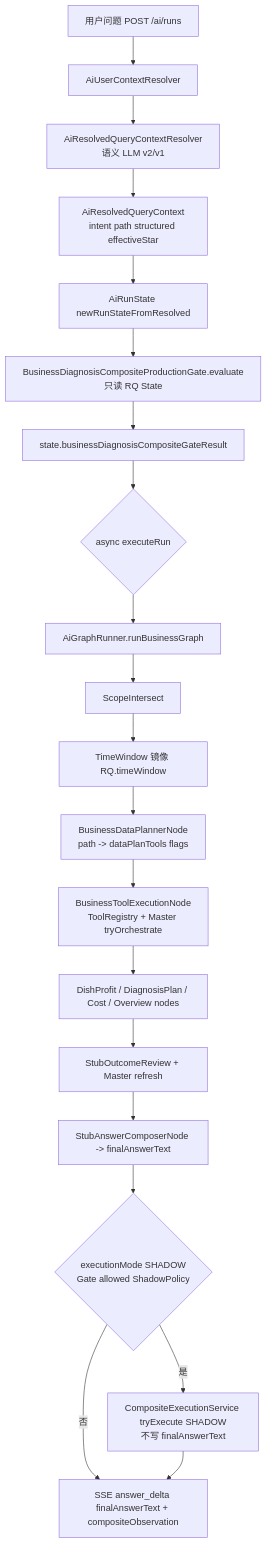
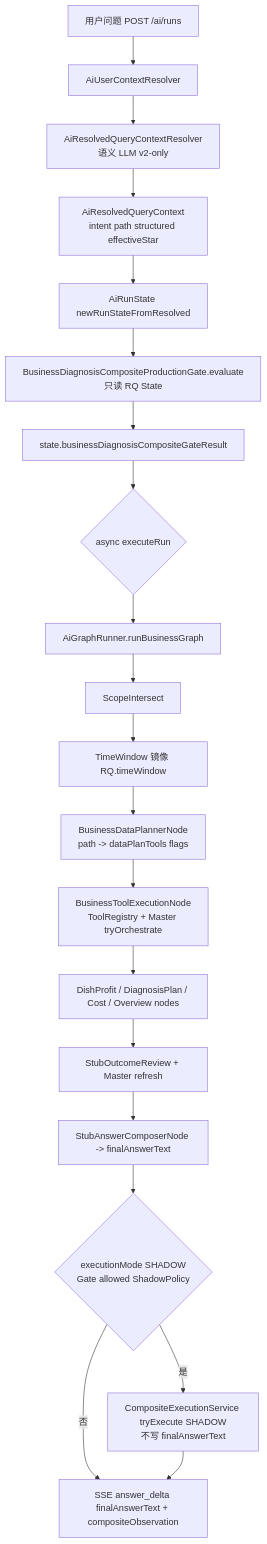
The diagram in docs/ai/main-business-routing-and-composite-integration-map.md (sisylpy/aiGrain), drawn with Mermaid before and after one commit. The commit also changed 53 other files, not shown here.

````diff
--- a/docs/ai/main-business-routing-and-composite-integration-map.md
+++ b/docs/ai/main-business-routing-and-composite-integration-map.md
@@ -168,22 +168,22 @@
 ```mermaid
 flowchart TD
     U[用户问题 POST /ai/runs] --> UC[AiUserContextResolver]
-    UC --> RES[AiResolvedQueryContextResolver<br/>语义 LLM v2/v1]
+    UC --> RES[AiResolvedQueryContextResolver<br/>语义 LLM v2-only]
     RES --> RQ[AiResolvedQueryContext<br/>intent path structured effectiveStar]
     RQ --> S0[AiRunState newRunStateFromResolved]
     S0 --> GATE_EVAL[BusinessDiagnosisCompositeProductionGate.evaluate<br/>只读 RQ State]
     GATE_EVAL --> S1[state.businessDiagnosisCompositeGateResult]
     S1 --> ASYNC{async executeRun}
     ASYNC --> G0[AiGraphRunner.runBusinessGraph]
     G0 --> N3[ScopeIntersect]
     N3 --> N4[TimeWindow 镜像 RQ.timeWindow]
     N4 --> N5[BusinessDataPlannerNode<br/>path -> dataPlanTools flags]
     N5 --> N6[BusinessToolExecutionNode<br/>ToolRegistry + Master tryOrchestrate]
     N6 --> N7[DishProfit / DiagnosisPlan / Cost / Overview nodes]
     N7 --> N8[StubOutcomeReview + Master refresh]
     N8 --> N9[StubAnswerComposerNode -> finalAnswerText]
     N9 --> SH{executionMode SHADOW<br/>Gate allowed ShadowPolicy}
     SH -->|是| CMP[CompositeExecutionService tryExecute SHADOW<br/>不写 finalAnswerText]
     SH -->|否| SSE
     CMP --> SSE[SSE answer_delta finalAnswerText + compositeObservation]
 ```
````
